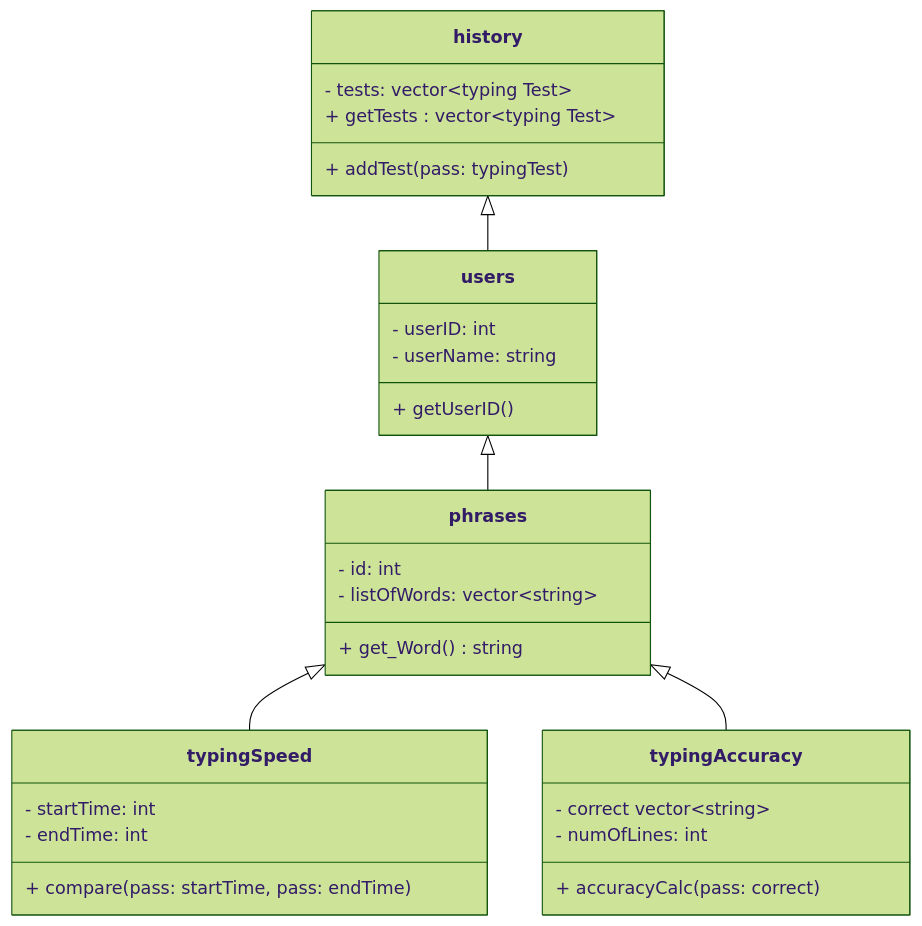
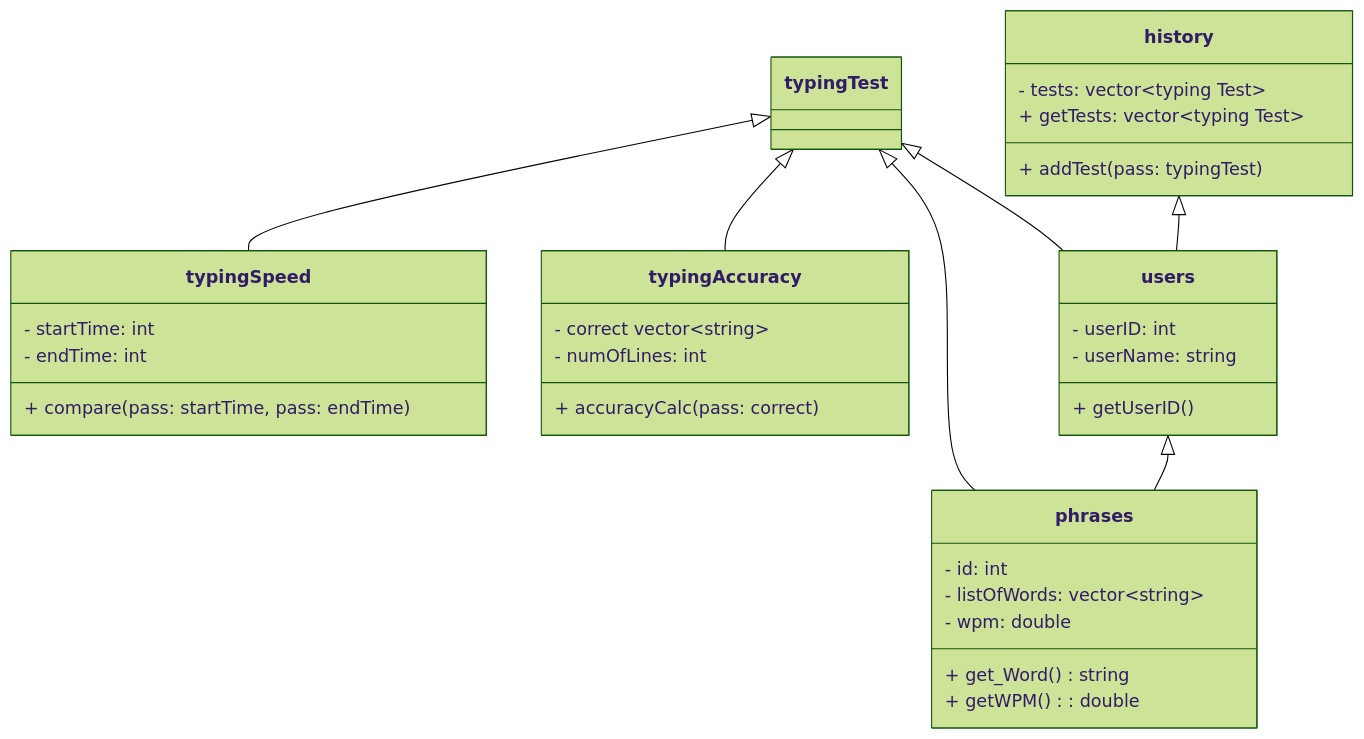
Before and after one commit to oerivas-star/tippitytappity-design: the diagram in README.md, drawn with Mermaid (forest theme).

````diff
--- a/README.md
+++ b/README.md
@@ -8,32 +8,36 @@
 ```mermaid
 classDiagram
-  phrases <|-- typingSpeed
-  phrases <|-- typingAccuracy
+  typingTest <|-- phrases
+  typingTest <|-- typingSpeed
+  typingTest <|-- typingAccuracy
+  typingTest <|-- users
   users <|-- phrases
   history <|-- users
   class phrases{
         - id: int
         - listOfWords: vector~string~
+        - wpm: double 
         + get_Word() string
+        + getWPM(): double
   }
   class typingSpeed{
         - startTime: int
         - endTime: int
         + compare(pass: startTime, pass: endTime)
   }
   class typingAccuracy{
         - correct vector~string~
         - numOfLines: int
         + accuracyCalc( pass: correct )
   }
   class users{
         - userID: int
         - userName: string
         + getUserID()
   }
   class history{
         - tests: vector~typing Test~
         + addTest(pass: typingTest)
-        + getTests : vector~typing Test~
+        + getTests: vector~typing Test~
   }
 ```
````
